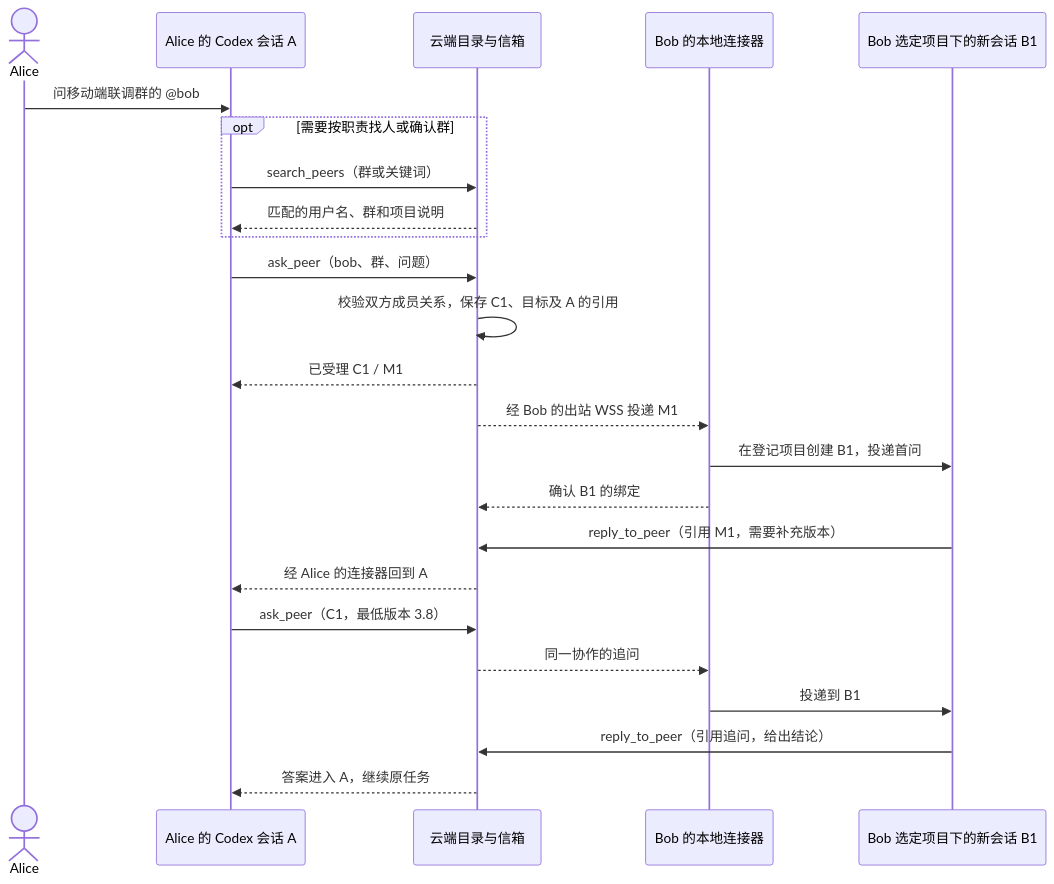
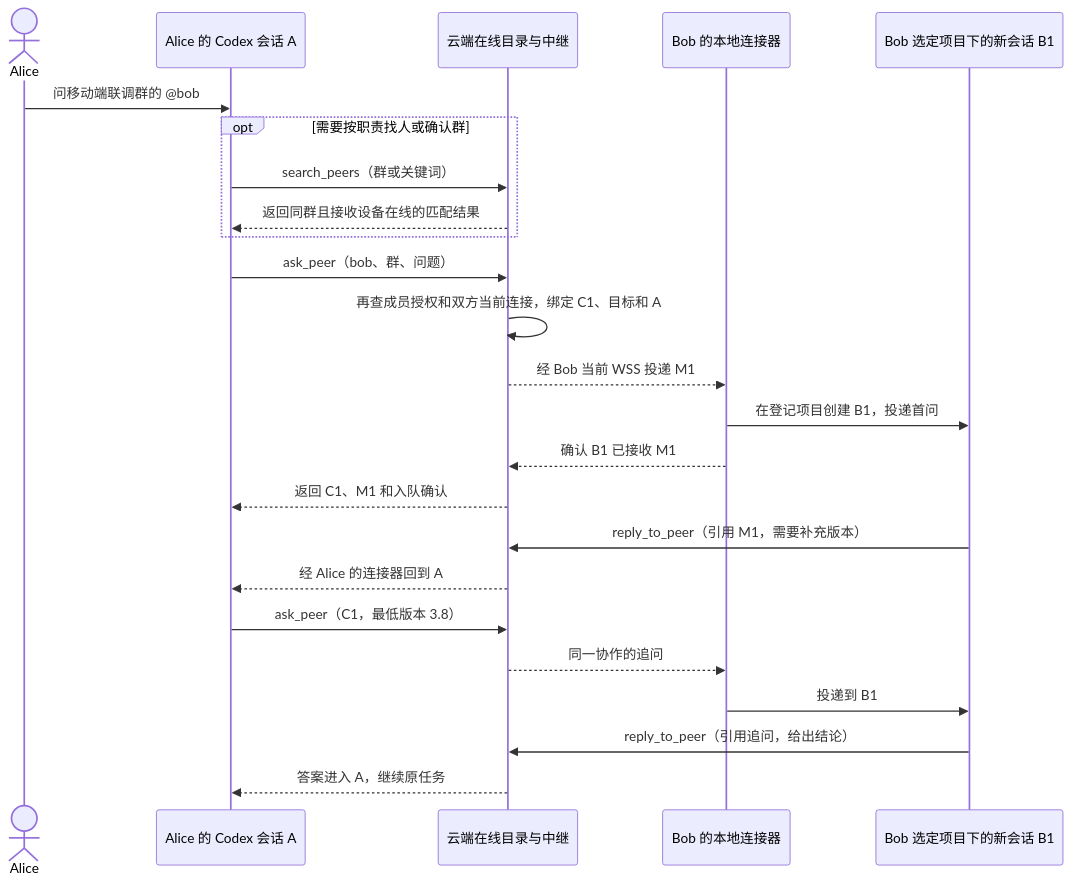
The diagram in docs/group-directory.md (hdonLiu/agent-relay), drawn with Mermaid before and after one commit. The commit also changed other lines of this file and 1 other file, not shown here.

````diff
--- a/docs/group-directory.md
+++ b/docs/group-directory.md
@@ -44,26 +44,26 @@
 ```mermaid
 sequenceDiagram
     actor U as Alice
     participant A as Alice 的 Codex 会话 A
-    participant C as 云端目录与信箱
+    participant C as 云端在线目录与中继
     participant D as Bob 的本地连接器
     participant B as Bob 选定项目下的新会话 B1
     U->>A: 问移动端联调群的 @bob
     opt 需要按职责找人或确认群
         A->>C: search_peers（群或关键词）
-        C-->>A: 匹配的用户名、群和项目说明
+        C-->>A: 返回同群且接收设备在线的匹配结果
     end
     A->>C: ask_peer（bob、群、问题）
-    C->>C: 校验双方成员关系，保存 C1、目标及 A 的引用
-    C-->>A: 已受理 C1 / M1
-    C-->>D: 经 Bob 的出站 WSS 投递 M1
+    C->>C: 再查成员授权和双方当前连接，绑定 C1、目标和 A
+    C-->>D: 经 Bob 当前 WSS 投递 M1
     D->>B: 在登记项目创建 B1，投递首问
-    D-->>C: 确认 B1 的绑定
+    D-->>C: 确认 B1 已接收 M1
+    C-->>A: 返回 C1、M1 和入队确认
     B->>C: reply_to_peer（引用 M1，需要补充版本）
     C-->>A: 经 Alice 的连接器回到 A
     A->>C: ask_peer（C1，最低版本 3.8）
     C-->>D: 同一协作的追问
     D->>B: 投递到 B1
     B->>C: reply_to_peer（引用追问，给出结论）
     C-->>A: 答案进入 A，继续原任务
 ```
````
